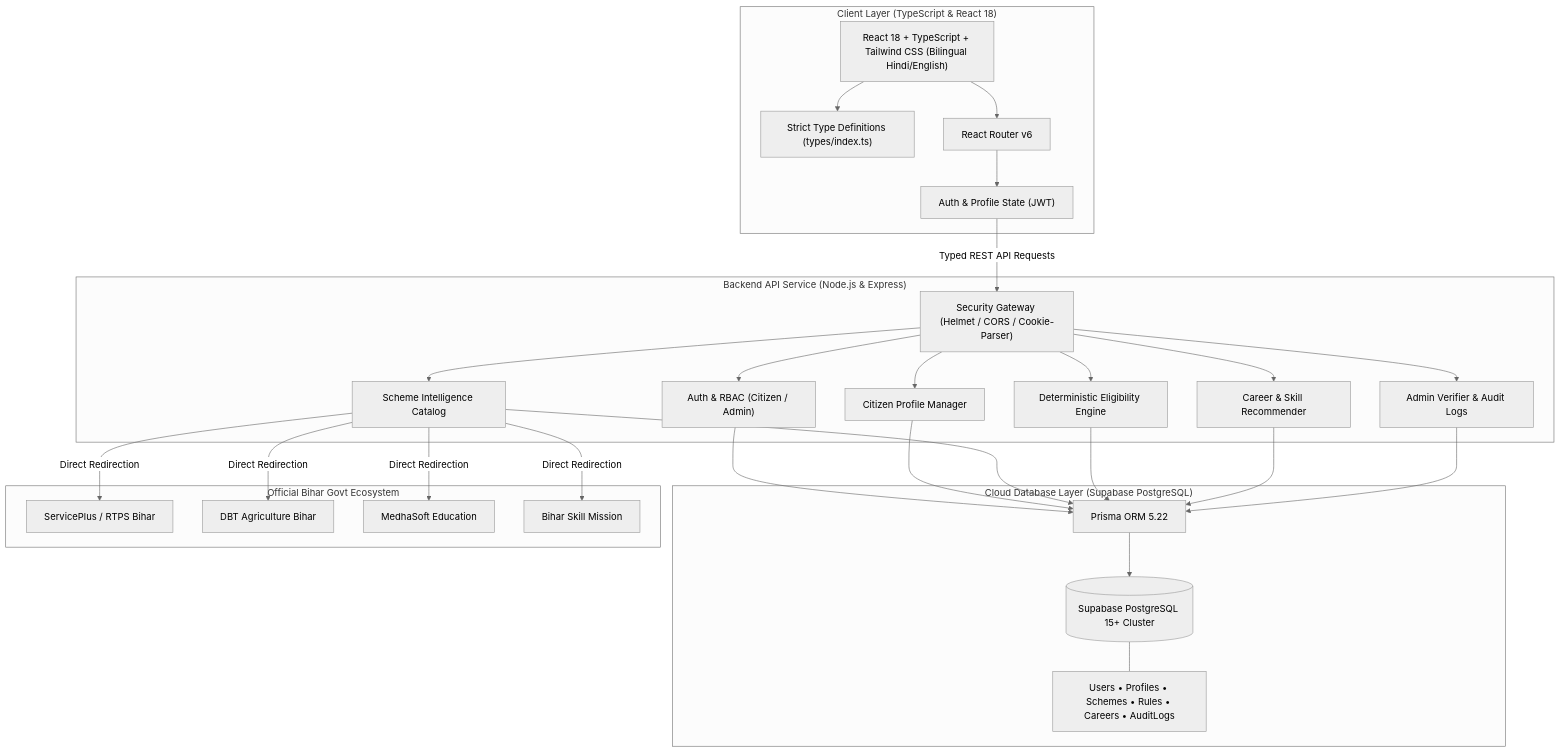
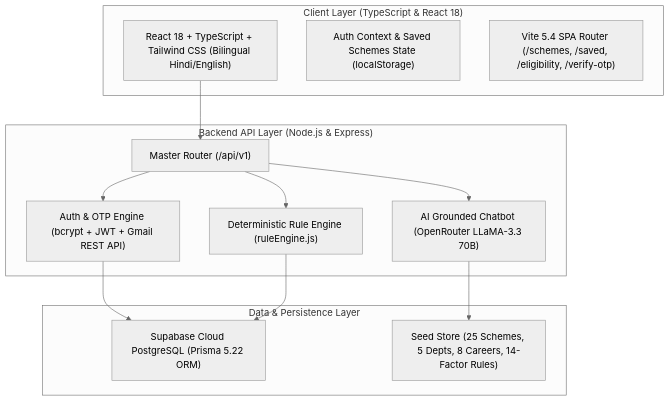
One commit to Santosh-kumar-sah/BSeva changed the diagram in README.md. Above: the diagram before and after it, drawn with Mermaid (neutral theme). The commit also changed other lines of this file, not shown here.

Commit message:
docs: update comprehensive README with live deployment badges, 14-factor rules, and OTP guide

````diff
--- a/README.md
+++ b/README.md
@@ -57,42 +59,28 @@
 ```mermaid
 graph TD
     subgraph ClientLayer ["Client Layer (TypeScript & React 18)"]
         UI["React 18 + TypeScript + Tailwind CSS (Bilingual Hindi/English)"]
-        Types["Strict Type Definitions (types/index.ts)"]
-        Router["React Router v6"]
-        AuthCtx["Auth & Profile State (JWT)"]
+        State["Auth Context & Saved Schemes State (localStorage)"]
+        Vite["Vite 5.4 SPA Router (/schemes, /saved, /eligibility, /verify-otp)"]
     end
 
-    subgraph APILayer ["Backend API Service (Node.js & Express)"]
-        GW["Security Gateway (Helmet / CORS / Cookie-Parser)"]
-        AuthMod["Auth & RBAC (Citizen / Admin)"]
-        ProfMod["Citizen Profile Manager"]
-        SchemeMod["Scheme Intelligence Catalog"]
-        RuleMod["Deterministic Eligibility Engine"]
-        CareerMod["Career & Skill Recommender"]
-        AdminMod["Admin Verifier & Audit Logs"]
+    subgraph ApiLayer ["Backend API Layer (Node.js & Express)"]
+        Routes["Master Router (/api/v1)"]
+        AuthMod["Auth & OTP Engine (bcrypt + JWT + Gmail REST API)"]
+        RulesEng["Deterministic Rule Engine (ruleEngine.js)"]
+        AiMod["AI Grounded Chatbot (OpenRouter LLaMA-3.3 70B)"]
     end
 
-    subgraph DataLayer ["Cloud Database Layer (Supabase PostgreSQL)"]
-        PrismaClient["Prisma ORM 5.22"]
-        PG[(Supabase PostgreSQL 15+ Cluster)]
-        Tables["Users • Profiles • Schemes • Rules • Careers • AuditLogs"]
+    subgraph DataLayer ["Data & Persistence Layer"]
+        Supabase["Supabase Cloud PostgreSQL (Prisma 5.22 ORM)"]
+        SeedData["Seed Store (25 Schemes, 5 Depts, 8 Careers, 14-Factor Rules)"]
     end
 
-    subgraph GovtLayer ["Official Bihar Govt Ecosystem"]
-        SPlus["ServicePlus / RTPS Bihar"]
-        AgriDBT["DBT Agriculture Bihar"]
-        Medha["MedhaSoft Education"]
-        BSDM["Bihar Skill Mission"]
-    end
-
-    UI --> Types
-    UI --> Router
-    Router --> AuthCtx
-    AuthCtx -->|Typed REST API Requests| GW
-    GW --> AuthMod & ProfMod & SchemeMod & RuleMod & CareerMod & AdminMod
-    AuthMod & ProfMod & SchemeMod & RuleMod & CareerMod & AdminMod --> PrismaClient
-    PrismaClient --> PG
-    PG --- Tables
-    SchemeMod -->|Direct Redirection| SPlus & AgriDBT & Medha & BSDM
+    UI --> Routes
+    Routes --> AuthMod
+    Routes --> RulesEng
+    Routes --> AiMod
+    AuthMod --> Supabase
+    RulesEng --> Supabase
+    AiMod --> SeedData
 ```
````
